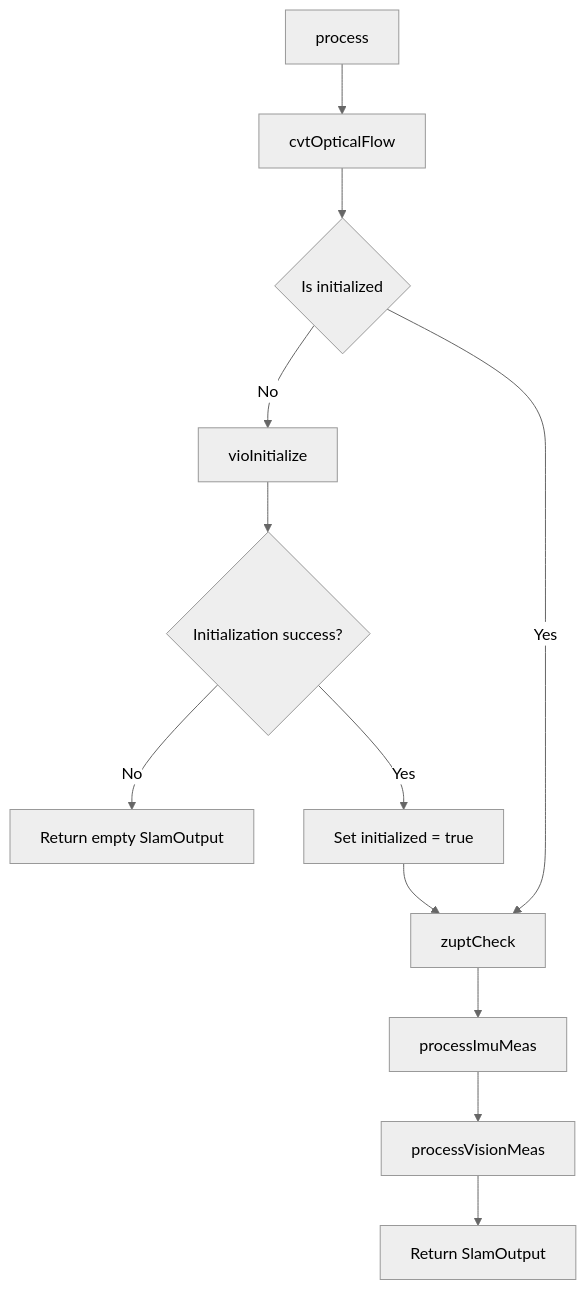
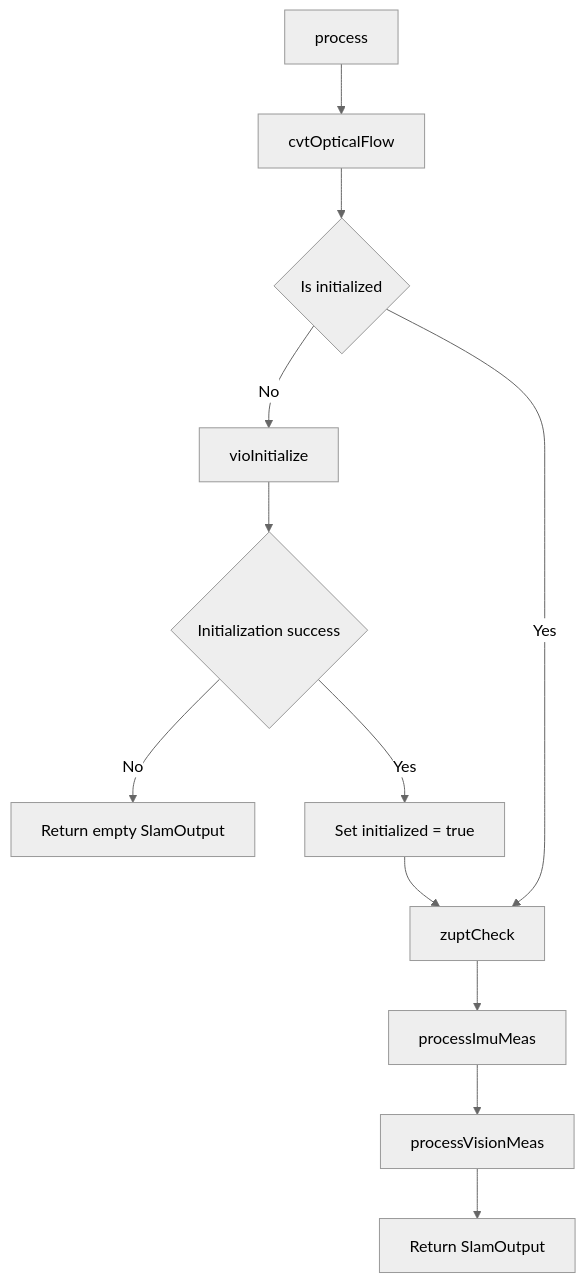
Before and after one commit to huzixuan1/iodraw-files: the diagram in all/未命名-3.md, drawn with Mermaid (neutral theme).

Commit message:
2025-04-21 18:17:52 update

````diff
--- a/all/未命名-3.md
+++ b/all/未命名-3.md
@@ -1,64 +1,64 @@
 ```mermaid
 %% graph TD
 %%     A[SqrtKeypointVio::process] --> B{Is initialized}
 %%     B -- No --> C[vioInitialize]
 %%     C --> D{Initialization success}
 %%     D -- No --> E[Return empty SlamOutput]
 %%     D -- Yes --> F[Set initialized = true]
 %%     F --> G[Update timestamps: cur_t_ns_, prev_t_ns_]
     
     
 %%     B -- Yes --> G
 
 %%     G --> H[Build OpticalFlowResult from track/detect]
 %%     H --> I[processImuMeas]
 %%     I --> J[processVisionMeas]
 %%     J --> K[Solve Optimization with Sliding Window]
 
 %%     K --> L{Is keyframe}
 %%     L -- Yes --> M[Add Keyframe + Update IMU State]
 %%     L -- No --> N[Skip Keyframe Update]
 
 %%     M --> O[Update Landmark Database]
 %%     N --> O
 
 %%     O --> P[Generate SlamOutput]
 %%     P --> Q[Return result]
 
 
 %% graph TD
 %%     A[SqrtKeypointVio::process] --> B{Is initialized}
 %%     B -- No --> C[vioInitialize & Check success]
 %%     C -- Fail --> D[Return empty result]
 %%     C -- Success --> E[Set initialized & Update timestamps]
     
 %%     B -- Yes --> E
 
 %%     E --> F[Process visual & IMU input]
 %%     F --> G[Run optimization]
 %%     G --> H{Is keyframe?}
 %%     H -- Yes --> I[Add keyframe & update map]
 %%     H -- No --> J[Skip keyframe update]
 
 %%     I --> K[Generate SlamOutput]
 %%     J --> K
 %%     K --> L[Return result]
 
 
 graph TD
     A[process] --> B[cvtOpticalFlow]
     B --> C{Is initialized}
 
     C -- No --> D[vioInitialize]
-    D --> E{Initialization success?}
+    D --> E{Initialization success}
     E -- No --> F[Return empty SlamOutput]
     E -- Yes --> G[Set initialized = true]
 
     C -- Yes --> H[zuptCheck]
 
     G --> H
     H --> I[processImuMeas]
     I --> J[processVisionMeas]
     J --> K[Return SlamOutput]
 
 ```
````
